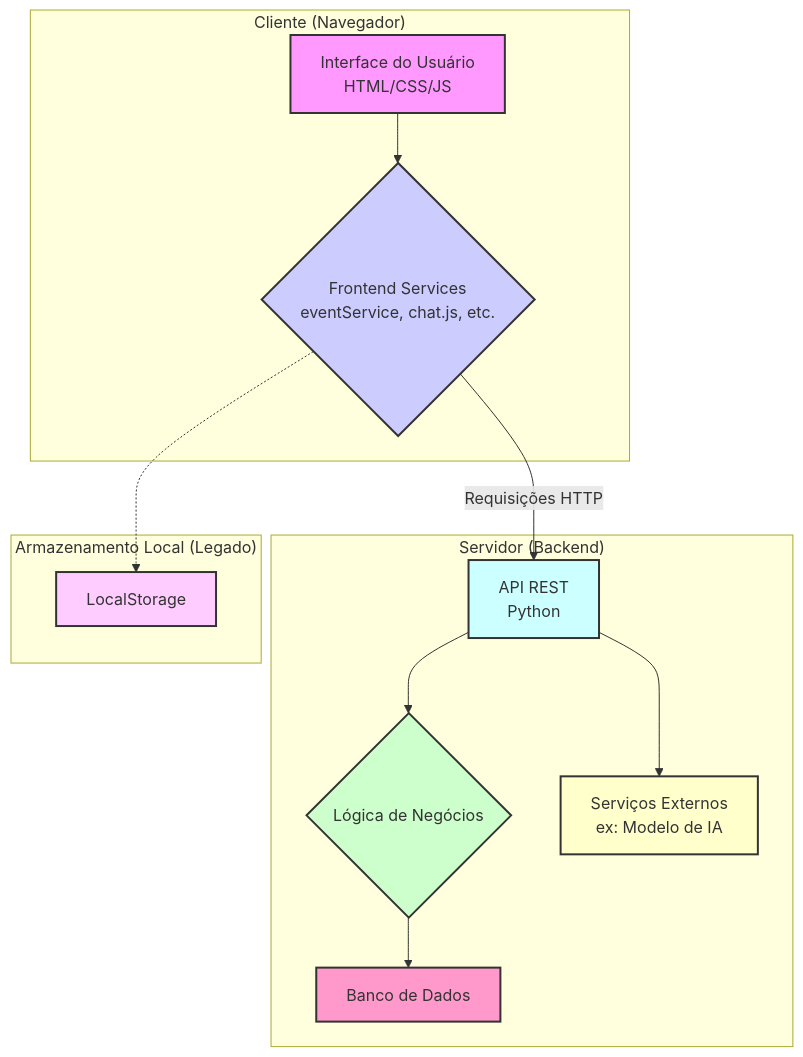
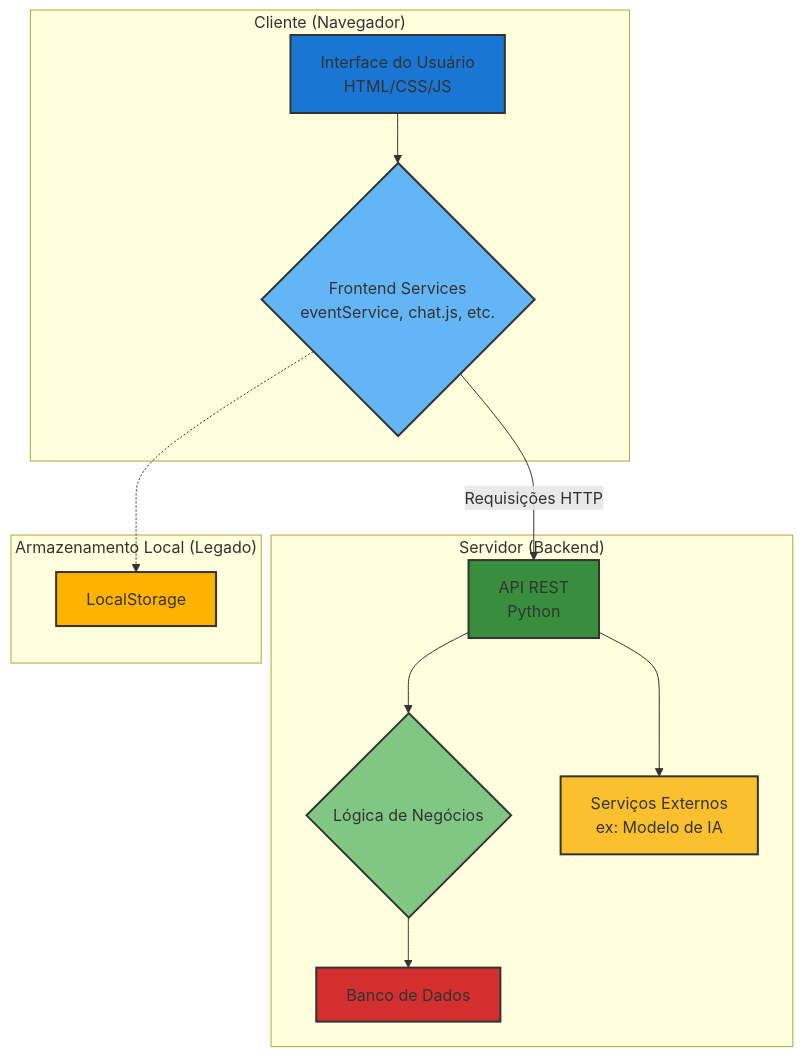
The diagram in docs/architecture.md (Estagiarius/agenda-pessoal), drawn with Mermaid before and after one commit.

````diff
--- a/docs/architecture.md
+++ b/docs/architecture.md
@@ -41,30 +41,30 @@
 ```mermaid
 graph TD
     subgraph "Cliente (Navegador)"
         A[Interface do Usuário <br> HTML/CSS/JS]
         A --> B{Frontend Services <br> eventService, chat.js, etc.}
     end
 
     subgraph "Servidor (Backend)"
         D[API REST <br> Python]
         D --> E{Lógica de Negócios}
         E --> F[Banco de Dados]
         D --> G[Serviços Externos <br> ex: Modelo de IA]
     end
 
     B -- Requisições HTTP --> D
 
     subgraph "Armazenamento Local (Legado)"
       C[LocalStorage]
     end
 
     B -.-> C
 
-    style A fill:#f9f,stroke:#333,stroke-width:2px
-    style B fill:#ccf,stroke:#333,stroke-width:2px
-    style C fill:#fcf,stroke:#333,stroke-width:2px
-    style D fill:#cff,stroke:#333,stroke-width:2px
-    style E fill:#cfc,stroke:#333,stroke-width:2px
-    style F fill:#f9c,stroke:#333,stroke-width:2px
-    style G fill:#ffc,stroke:#333,stroke-width:2px
+    style A fill:#1976d2,stroke:#333,stroke-width:2px
+    style B fill:#64b5f6,stroke:#333,stroke-width:2px
+    style C fill:#ffb300,stroke:#333,stroke-width:2px
+    style D fill:#388e3c,stroke:#333,stroke-width:2px
+    style E fill:#81c784,stroke:#333,stroke-width:2px
+    style F fill:#d32f2f,stroke:#333,stroke-width:2px
+    style G fill:#fbc02d,stroke:#333,stroke-width:2px
 ```
````
